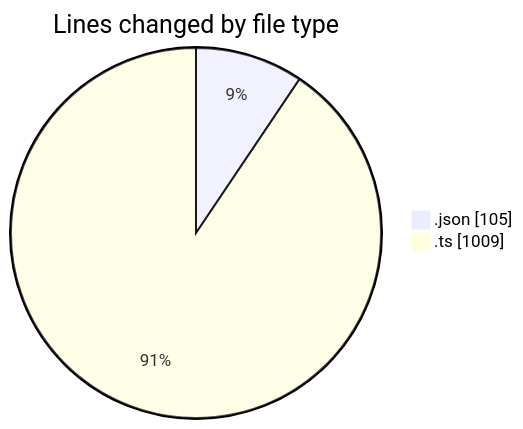
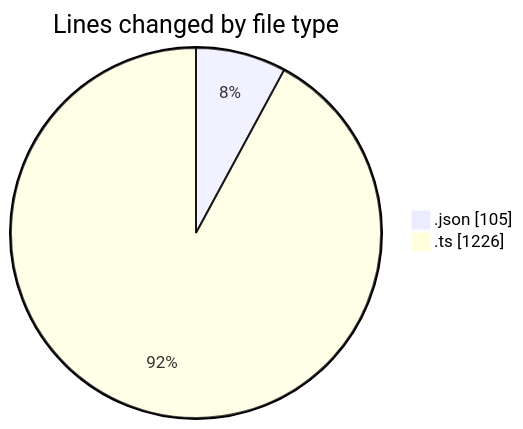
The first of 2 diagrams in 2025-06-25/cda/README.md (momahboobian/code-tracking), drawn with Mermaid before and after one commit. The commit also changed other lines of this file and 1 other file, not shown here.

````diff
--- a/2025-06-25/cda/README.md
+++ b/2025-06-25/cda/README.md
@@ -24,6 +25,6 @@
 ```mermaid
 pie showData
 title Lines changed by file type
 ".json" : 105
-".ts" : 1009
+".ts" : 1226
 ```
````
